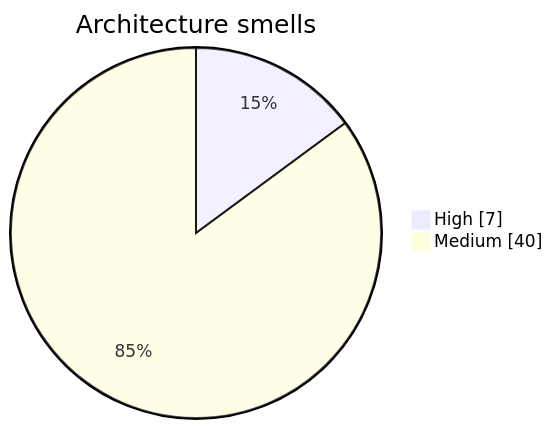
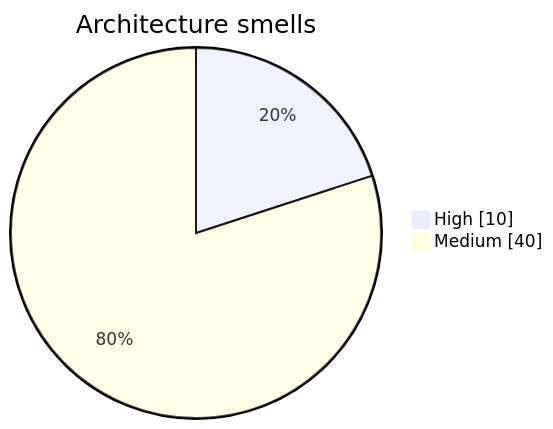
Before and after one commit to wolframs/jspace-probes: diagram 14 of 15 in .mentis/context/graphs.md, drawn with Mermaid. The commit also changed other lines of this file and 53 other files, not shown here.

````diff
--- a/.mentis/context/graphs.md
+++ b/.mentis/context/graphs.md
@@ -287,5 +287,5 @@
 ```mermaid
 pie showData title Architecture smells
-    "High" : 7
+    "High" : 10
     "Medium" : 40
 ```
````
